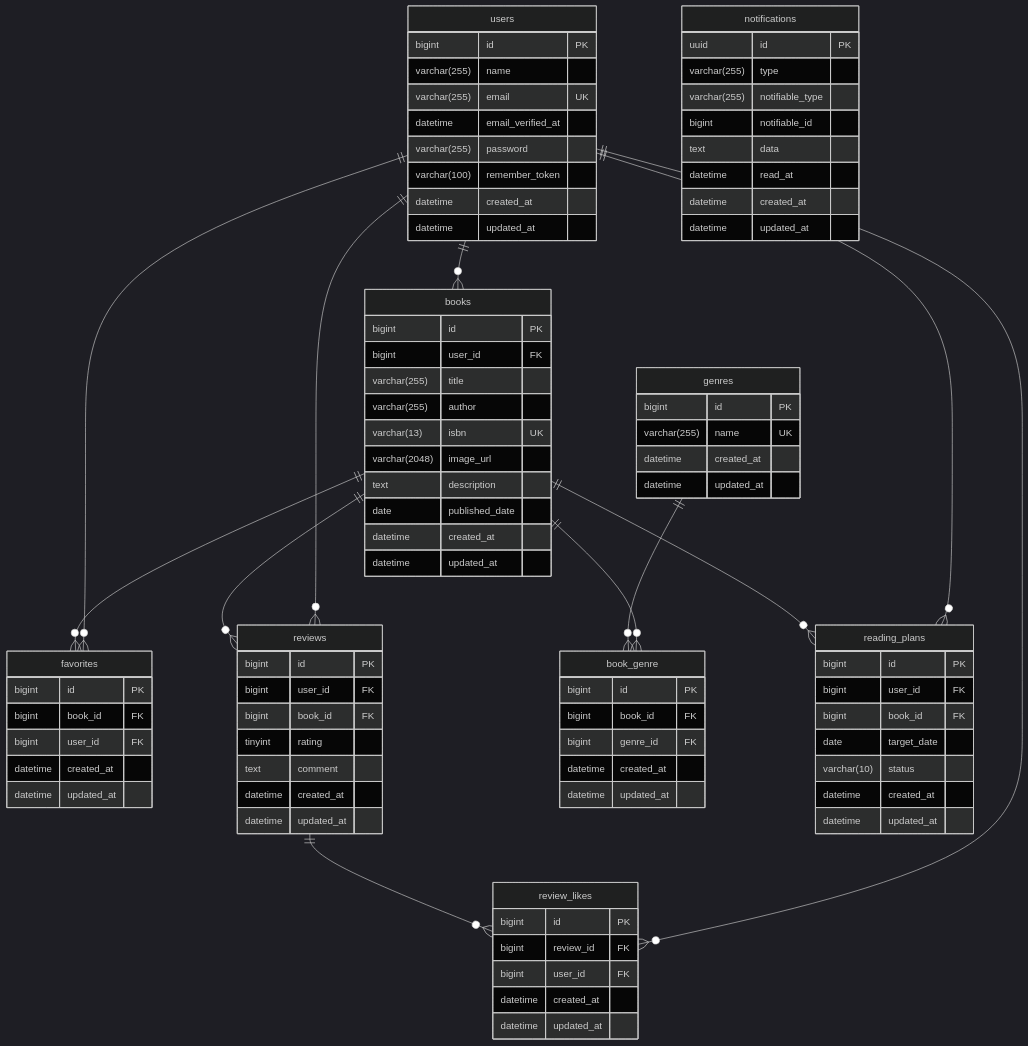
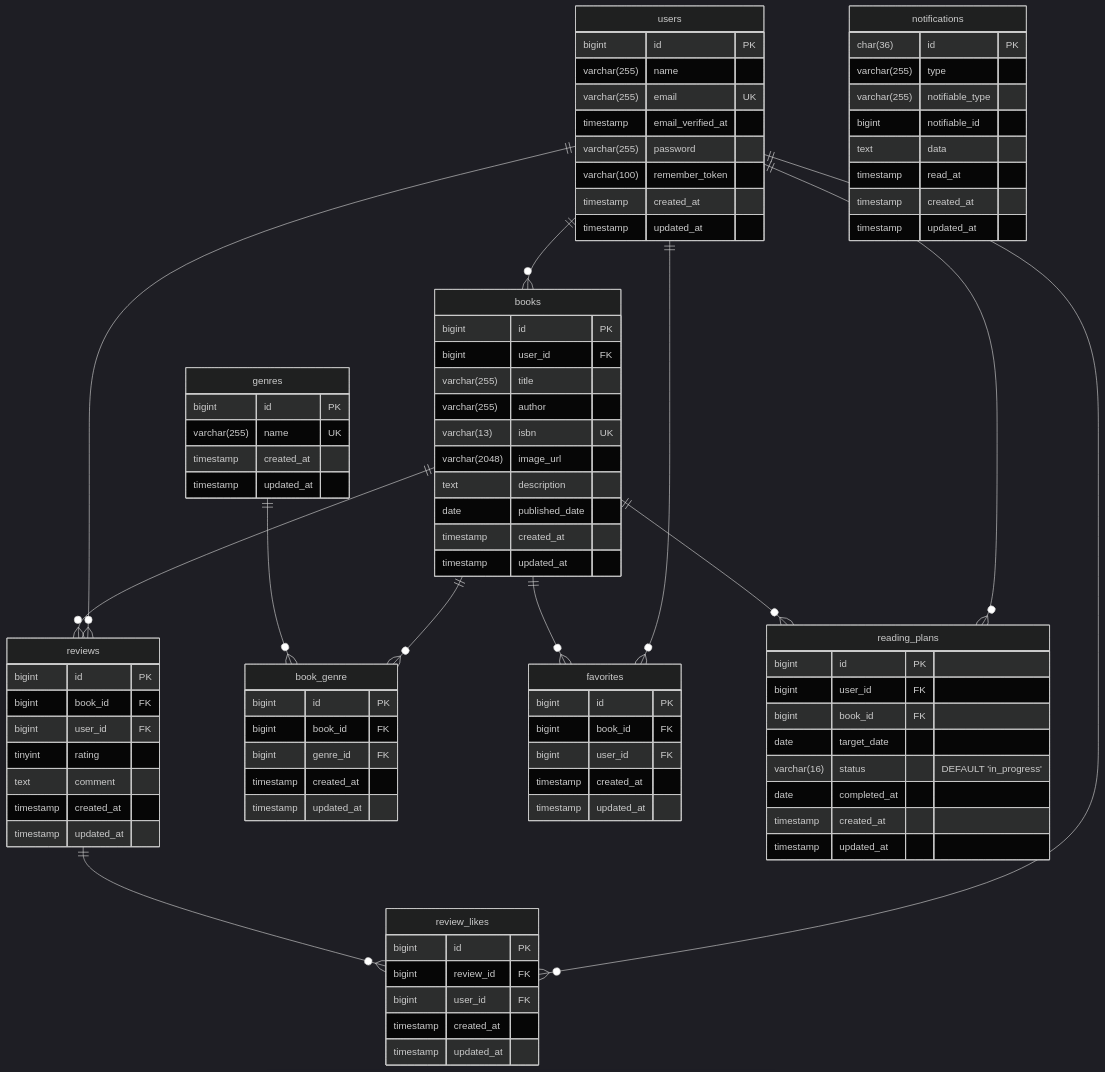
The diagram in README.md (Yji-9261/bookshelf-app), drawn with Mermaid (dark theme) before and after one commit. The commit also changed other lines of this file and 104 other files, not shown here.

````diff
--- a/README.md
+++ b/README.md
@@ -3,27 +105,15 @@
 ```mermaid
 erDiagram
-
-users ||--o{ books : ""
-users ||--o{ favorites : ""
-books ||--o{ favorites : ""
-users ||--o{ reviews : ""
-users ||--o{ review_likes : ""
-reviews ||--o{ review_likes : ""
-books ||--o{ reviews : ""
-books ||--o{ book_genre : ""
-genres ||--o{ book_genre : ""
-users ||--o{ reading_plans : ""
-books ||--o{ reading_plans : ""
 
 users{
     bigint id PK
     varchar(255) name
     varchar(255) email UK
-    datetime email_verified_at
+    timestamp email_verified_at
     varchar(255) password
     varchar(100) remember_token
-    datetime created_at
-    datetime updated_at
+    timestamp created_at
+    timestamp updated_at
 }
 
 books{
@@ -35,49 +125,49 @@
     varchar(2048) image_url
     text description
     date published_date
-    datetime created_at
-    datetime updated_at
+    timestamp created_at
+    timestamp updated_at
 }
 
 genres{
     bigint id PK
     varchar(255) name UK
-    datetime created_at
-    datetime updated_at
+    timestamp created_at
+    timestamp updated_at
 }
 
 reviews{
     bigint id PK
+    bigint book_id FK
     bigint user_id FK
-    bigint book_id FK
     tinyint rating
     text comment
-    datetime created_at
-    datetime updated_at
+    timestamp created_at
+    timestamp updated_at
 }
 
 book_genre{
     bigint id PK
     bigint book_id FK
     bigint genre_id FK
-    datetime created_at
-    datetime updated_at
+    timestamp created_at
+    timestamp updated_at
 }
 
 review_likes{
     bigint id PK
     bigint review_id FK
     bigint user_id FK
-    datetime created_at
-    datetime updated_at
+    timestamp created_at
+    timestamp updated_at
 }
 
 favorites{
     bigint id PK
     bigint book_id FK
     bigint user_id FK
-    datetime created_at
-    datetime updated_at
+    timestamp created_at
+    timestamp updated_at
 }
 
 reading_plans{
@@ -85,20 +175,32 @@
     bigint user_id FK
     bigint book_id FK
     date target_date
-    varchar(10) status
-    datetime created_at
-    datetime updated_at
+    varchar(16) status "DEFAULT 'in_progress'"
+    date completed_at
+    timestamp created_at
+    timestamp updated_at
 }
 
 notifications{
-    uuid id PK
+    char(36) id PK
     varchar(255) type
     varchar(255) notifiable_type
     bigint notifiable_id
     text data
-    datetime read_at
-    datetime created_at
-    datetime updated_at
+    timestamp read_at
+    timestamp created_at
+    timestamp updated_at
 }
 
+users ||--o{ books : ""
+users ||--o{ favorites : ""
+users ||--o{ reviews : ""
+users ||--o{ review_likes : ""
+users ||--o{ reading_plans : ""
+books ||--o{ favorites : ""
+books ||--o{ reviews : ""
+books ||--o{ book_genre : ""
+books ||--o{ reading_plans : ""
+reviews ||--o{ review_likes : ""
+genres ||--o{ book_genre : ""
 ```
````
